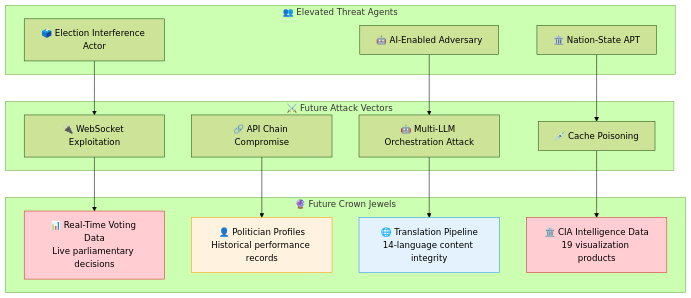
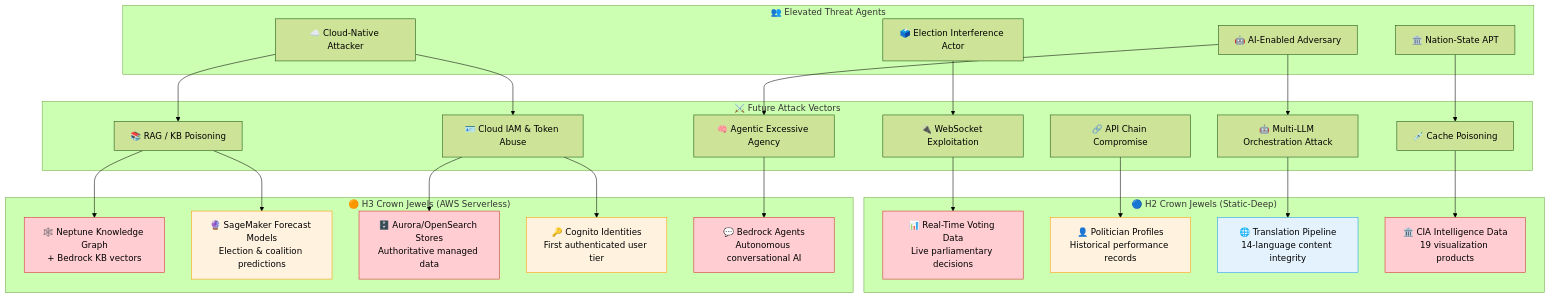
The first of 5 diagrams in FUTURE_THREAT_MODEL.md (Hack23/riksdagsmonitor), drawn with Mermaid (forest theme) before and after one commit. The commit also changed other lines of this file and 2 other files, not shown here.

Commit message:
docs(future): finalize FUTURE threat model for H3 AWS scenarios; align FUTURE_* metadata

````diff
--- a/FUTURE_THREAT_MODEL.md
+++ b/FUTURE_THREAT_MODEL.md
@@ -77,36 +115,61 @@
 ```mermaid
 flowchart TB
-    subgraph FUTURE_JEWELS["🔮 Future Crown Jewels"]
+    subgraph H2_JEWELS["🔵 H2 Crown Jewels (Static-Deep)"]
         REALTIME["📊 Real-Time Voting Data<br/>Live parliamentary decisions"]
         POLITICIAN["👤 Politician Profiles<br/>Historical performance records"]
         TRANSLATION["🌐 Translation Pipeline<br/>14-language content integrity"]
         CIA_DATA["🏛️ CIA Intelligence Data<br/>19 visualization products"]
+    end
+
+    subgraph H3_JEWELS["🟠 H3 Crown Jewels (AWS Serverless)"]
+        GRAPH["🕸️ Neptune Knowledge Graph<br/>+ Bedrock KB vectors"]
+        FORECAST["🔮 SageMaker Forecast Models<br/>Election & coalition predictions"]
+        AURORA["🗄️ Aurora/OpenSearch Stores<br/>Authoritative managed data"]
+        IDENTITY["🔑 Cognito Identities<br/>First authenticated user tier"]
+        AGENTS_AI["💬 Bedrock Agents<br/>Autonomous conversational AI"]
     end
 
     subgraph FUTURE_VECTORS["⚔️ Future Attack Vectors"]
         WEBSOCKET["🔌 WebSocket Exploitation"]
         CACHE_POISON["💉 Cache Poisoning"]
         LLM_MULTI["🤖 Multi-LLM Orchestration Attack"]
         API_CHAIN["🔗 API Chain Compromise"]
+        RAG_POISON["📚 RAG / KB Poisoning"]
+        IAM_ABUSE["🪪 Cloud IAM & Token Abuse"]
+        EXCESS_AGENCY["🧠 Agentic Excessive Agency"]
     end
 
     subgraph FUTURE_AGENTS["👥 Elevated Threat Agents"]
         ELECTION_ACTOR["🗳️ Election Interference Actor"]
         AI_ADVERSARY["🤖 AI-Enabled Adversary"]
         STATE_ACTOR["🏛️ Nation-State APT"]
+        CLOUD_ATTACKER["☁️ Cloud-Native Attacker"]
     end
 
     WEBSOCKET --> REALTIME
     CACHE_POISON --> CIA_DATA
     LLM_MULTI --> TRANSLATION
     API_CHAIN --> POLITICIAN
+    RAG_POISON --> GRAPH
+    RAG_POISON --> FORECAST
+    IAM_ABUSE --> AURORA
+    IAM_ABUSE --> IDENTITY
+    EXCESS_AGENCY --> AGENTS_AI
 
     ELECTION_ACTOR --> WEBSOCKET
     AI_ADVERSARY --> LLM_MULTI
+    AI_ADVERSARY --> EXCESS_AGENCY
     STATE_ACTOR --> CACHE_POISON
+    CLOUD_ATTACKER --> IAM_ABUSE
+    CLOUD_ATTACKER --> RAG_POISON
 
     style REALTIME fill:#ffcdd2,stroke:#d32f2f,color:#000
     style POLITICIAN fill:#fff3e0,stroke:#ff9800,color:#000
     style TRANSLATION fill:#e3f2fd,stroke:#2196f3,color:#000
     style CIA_DATA fill:#ffcdd2,stroke:#d32f2f,color:#000
+    style GRAPH fill:#ffcdd2,stroke:#d32f2f,color:#000
+    style FORECAST fill:#fff3e0,stroke:#ff9800,color:#000
+    style AURORA fill:#ffcdd2,stroke:#d32f2f,color:#000
+    style IDENTITY fill:#fff3e0,stroke:#ff9800,color:#000
+    style AGENTS_AI fill:#ffcdd2,stroke:#d32f2f,color:#000
 ```
````
